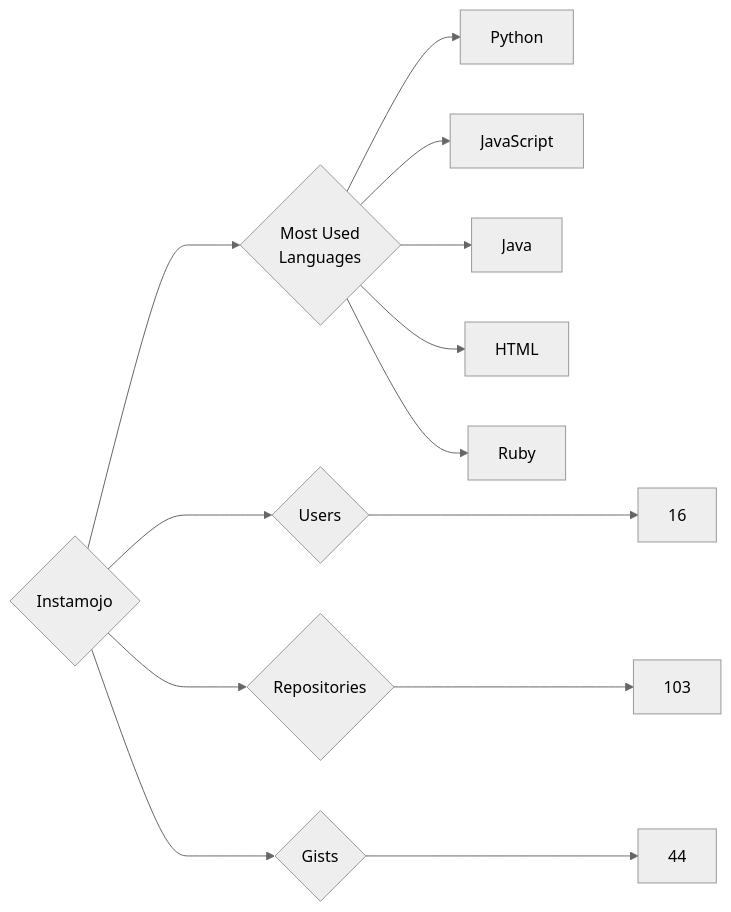
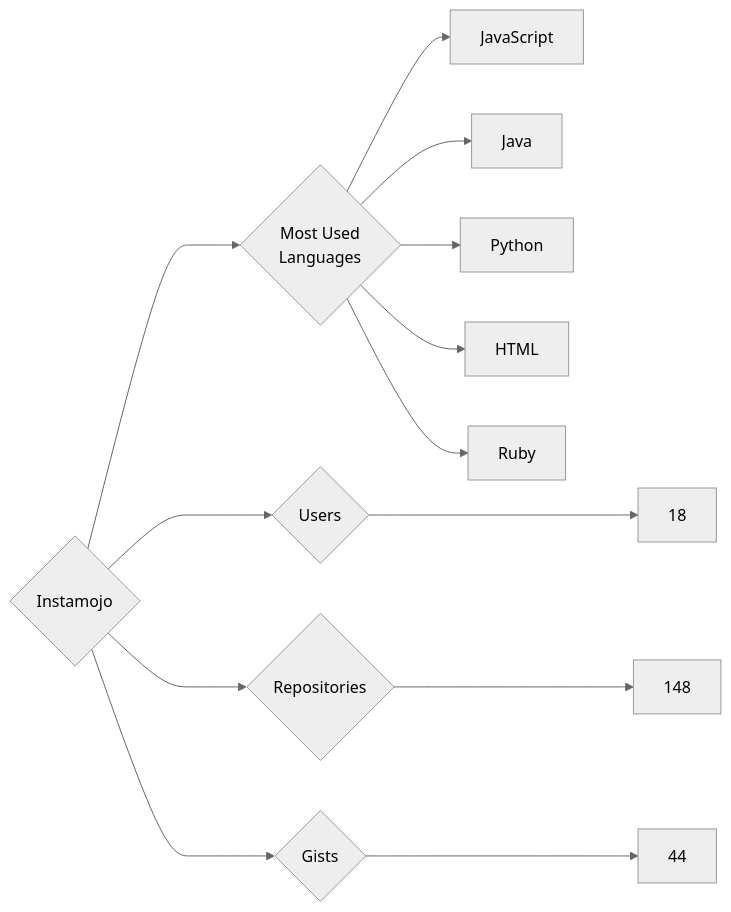
Before and after one commit to trickest/insiders: the diagram in targets/Instamojo/README.md, drawn with Mermaid (neutral theme). The commit also changed 1238 other files, not shown here.

````diff
--- a/targets/Instamojo/README.md
+++ b/targets/Instamojo/README.md
@@ -3,13 +3,13 @@
 ```mermaid
 graph LR
 COMPANY_NAME{Instamojo}
-COMPANY_NAME ---> U{Users} ---> UN[16]
-COMPANY_NAME ---> R{Repositories} ---> RN[103]
+COMPANY_NAME ---> U{Users} ---> UN[18]
+COMPANY_NAME ---> R{Repositories} ---> RN[148]
 COMPANY_NAME ---> G{Gists} ---> GN[44]
 COMPANY_NAME ---> ML{Most Used<br>Languages}
-ML --> Python[Python]
 ML --> JavaScript[JavaScript]
 ML --> Java[Java]
+ML --> Python[Python]
 ML --> HTML[HTML]
 ML --> Ruby[Ruby]
 ```
````
